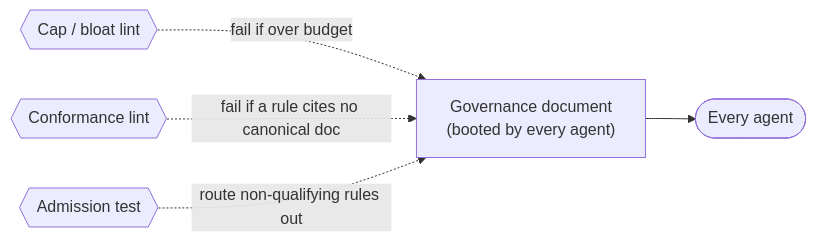
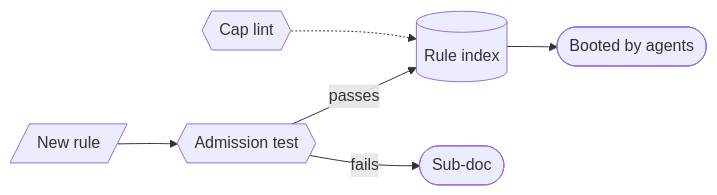
One commit to davisjam/agent-governance-mechanisms changed the diagram in book/appendix-fills/agent/claude-md-rule-index.md. Above: the diagram before and after it, drawn with Mermaid. The commit also changed other lines of this file and 21 other files, not shown here.

````diff
--- a/book/appendix-fills/agent/claude-md-rule-index.md
+++ b/book/appendix-fills/agent/claude-md-rule-index.md
@@ -34,7 +34,8 @@
 ```mermaid
 flowchart LR
-  Doc["Governance document<br/>(booted by every agent)"] --> Agents([Every agent])
-  Cap{{Cap / bloat lint}} -.->|fail if over budget| Doc
-  Conf{{Conformance lint}} -.->|fail if a rule cites no canonical doc| Doc
-  Admit{{Admission test}} -.->|route non-qualifying rules out| Doc
+  Rule[/New rule/] --> Admit{{Admission test}}
+  Admit -->|passes| Index[(Rule index)]
+  Admit -->|fails| SubDoc([Sub-doc])
+  Index --> Boot([Booted by agents])
+  Cap{{Cap lint}} -.-> Index
 ```
````
